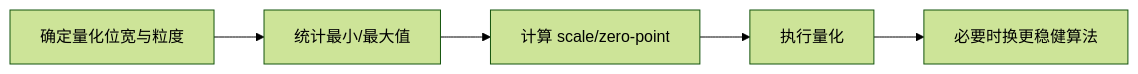
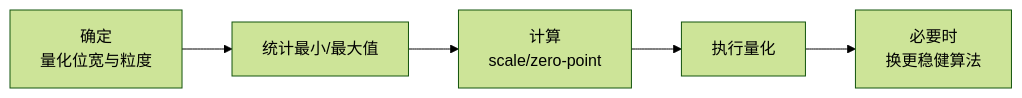
The diagram in msmodelslim/docs/zh/knowledge_base/quantization_algorithms/minmax/usage_minmax.md (mindstudio-docs/master), drawn with Mermaid (forest theme) before and after one commit. The commit also changed other lines of this file and 235 other files, not shown here.

````diff
--- a/msmodelslim/docs/zh/knowledge_base/quantization_algorithms/minmax/usage_minmax.md
+++ b/msmodelslim/docs/zh/knowledge_base/quantization_algorithms/minmax/usage_minmax.md
@@ -24,7 +27,7 @@
 ```mermaid
 flowchart LR
-    A[确定量化位宽与粒度] --> B[统计最小/最大值]
-    B[统计最小/最大值] --> C[计算 scale/zero-point]
-    C[计算 scale/zero-point] --> D[执行量化]
-    D[执行量化] --> E[必要时换更稳健算法]
+    A[确定<br/>量化位宽与粒度] --> B[统计最小/最大值]
+    B --> C[计算<br/>scale/zero-point]
+    C --> D[执行量化]
+    D --> E[必要时<br/>换更稳健算法]
 ```
````
